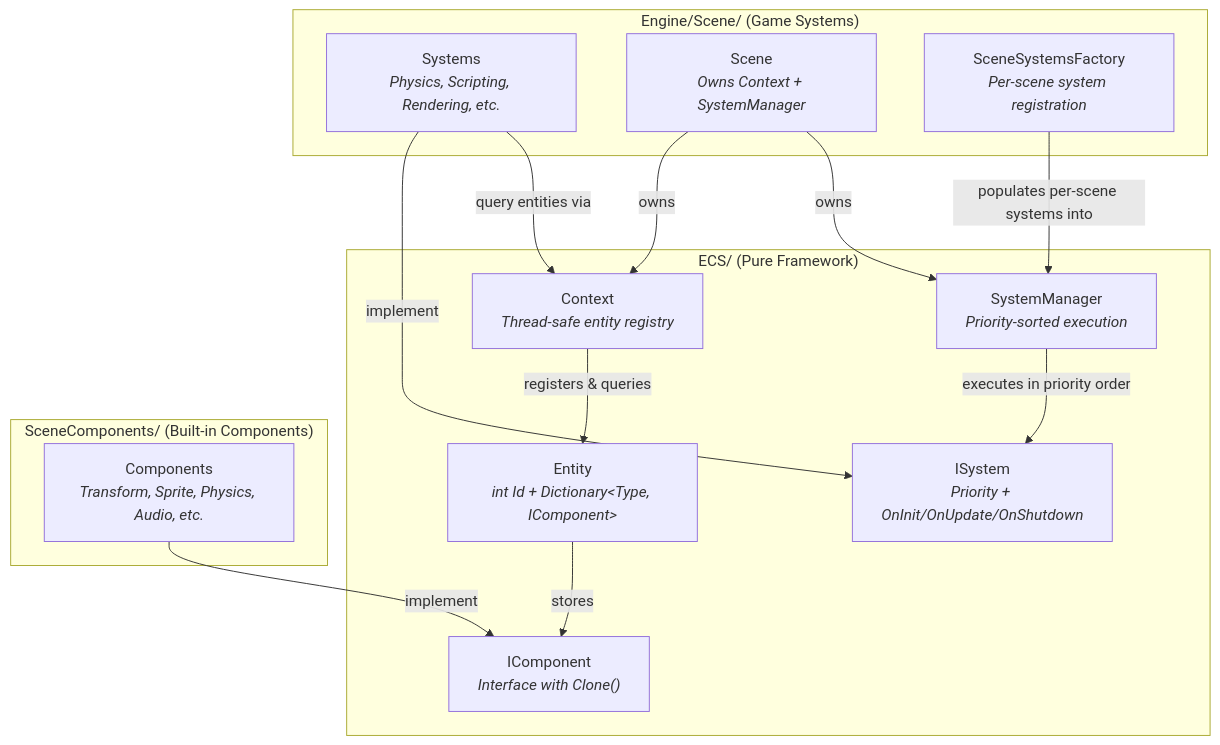
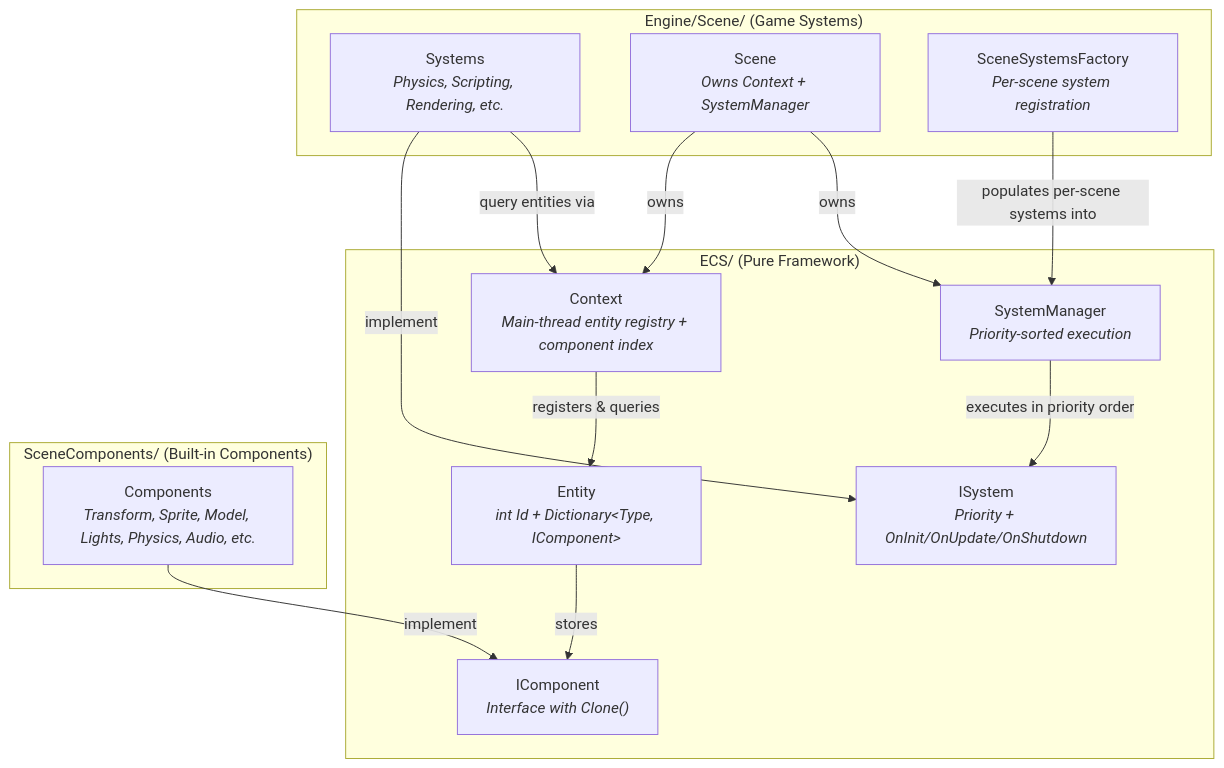
The first of 5 diagrams in docs/architecture/ecs-architecture.md (kateusz/GameEngine), drawn with Mermaid before and after one commit. The commit also changed other lines of this file and 32 other files, not shown here.

````diff
--- a/docs/architecture/ecs-architecture.md
+++ b/docs/architecture/ecs-architecture.md
@@ -9,30 +9,30 @@
 ```mermaid
 graph TB
     subgraph "ECS/ (Pure Framework)"
         Entity["Entity<br/><i>int Id + Dictionary&lt;Type, IComponent&gt;</i>"]
         IComponent["IComponent<br/><i>Interface with Clone()</i>"]
-        Context["Context<br/><i>Thread-safe entity registry</i>"]
+        Context["Context<br/><i>Main-thread entity registry + component index</i>"]
         ISystem["ISystem<br/><i>Priority + OnInit/OnUpdate/OnShutdown</i>"]
         SystemManager["SystemManager<br/><i>Priority-sorted execution</i>"]
     end
 
     subgraph "SceneComponents/ (Built-in Components)"
-        Components["Components<br/><i>Transform, Sprite, Physics, Audio, etc.</i>"]
+        Components["Components<br/><i>Transform, Sprite, Model, Lights, Physics, Audio, etc.</i>"]
     end
 
     subgraph "Engine/Scene/ (Game Systems)"
         Systems["Systems<br/><i>Physics, Scripting, Rendering, etc.</i>"]
         Scene["Scene<br/><i>Owns Context + SystemManager</i>"]
         SceneSystemsFactory["SceneSystemsFactory<br/><i>Per-scene system registration</i>"]
     end
 
     Entity -->|stores| IComponent
     Context -->|registers & queries| Entity
     SystemManager -->|executes in priority order| ISystem
     Scene -->|owns| Context
     Scene -->|owns| SystemManager
     SceneSystemsFactory -->|populates per-scene systems into| SystemManager
     Components -->|implement| IComponent
     Systems -->|implement| ISystem
     Systems -->|query entities via| Context
 ```
````
